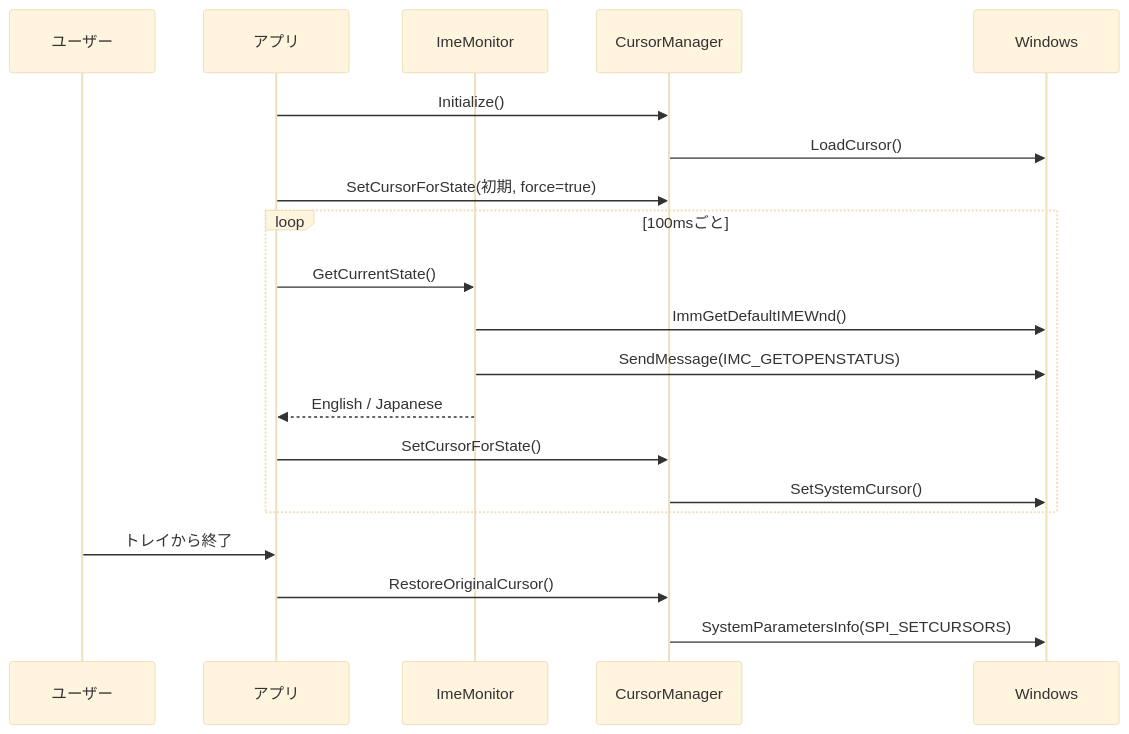
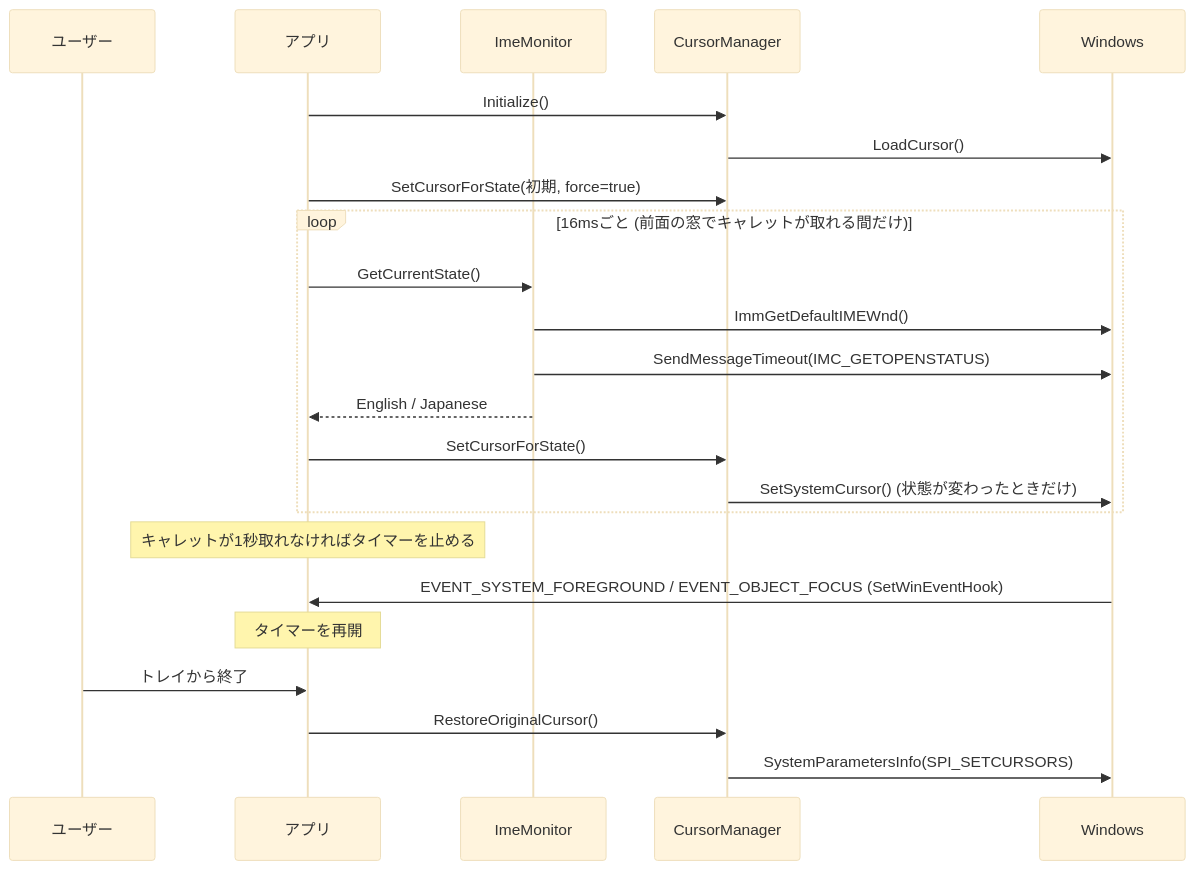
One commit to ycookiey/yCursory changed the second of 6 diagrams in docs/architecture.md. Above: the diagram before and after it, drawn with Mermaid (base theme). The commit also changed other lines of this file and 6 other files, not shown here.

````diff
--- a/docs/architecture.md
+++ b/docs/architecture.md
@@ -32,25 +32,29 @@
 ```mermaid
 sequenceDiagram
     participant User as ユーザー
     participant App as アプリ
     participant IME as ImeMonitor
     participant Cursor as CursorManager
     participant Win as Windows
     
     App->>Cursor: Initialize()
     Cursor->>Win: LoadCursor()
     App->>Cursor: SetCursorForState(初期, force=true)
     
-    loop 100msごと
+    loop 16msごと (前面の窓でキャレットが取れる間だけ)
         App->>IME: GetCurrentState()
         IME->>Win: ImmGetDefaultIMEWnd()
-        IME->>Win: SendMessage(IMC_GETOPENSTATUS)
+        IME->>Win: SendMessageTimeout(IMC_GETOPENSTATUS)
         IME-->>App: English / Japanese
         App->>Cursor: SetCursorForState()
-        Cursor->>Win: SetSystemCursor()
+        Cursor->>Win: SetSystemCursor() (状態が変わったときだけ)
     end
+
+    Note over App: キャレットが1秒取れなければタイマーを止める
+    Win->>App: EVENT_SYSTEM_FOREGROUND / EVENT_OBJECT_FOCUS (SetWinEventHook)
+    Note over App: タイマーを再開
     
     User->>App: トレイから終了
     App->>Cursor: RestoreOriginalCursor()
     Cursor->>Win: SystemParametersInfo(SPI_SETCURSORS)
 ```
````
